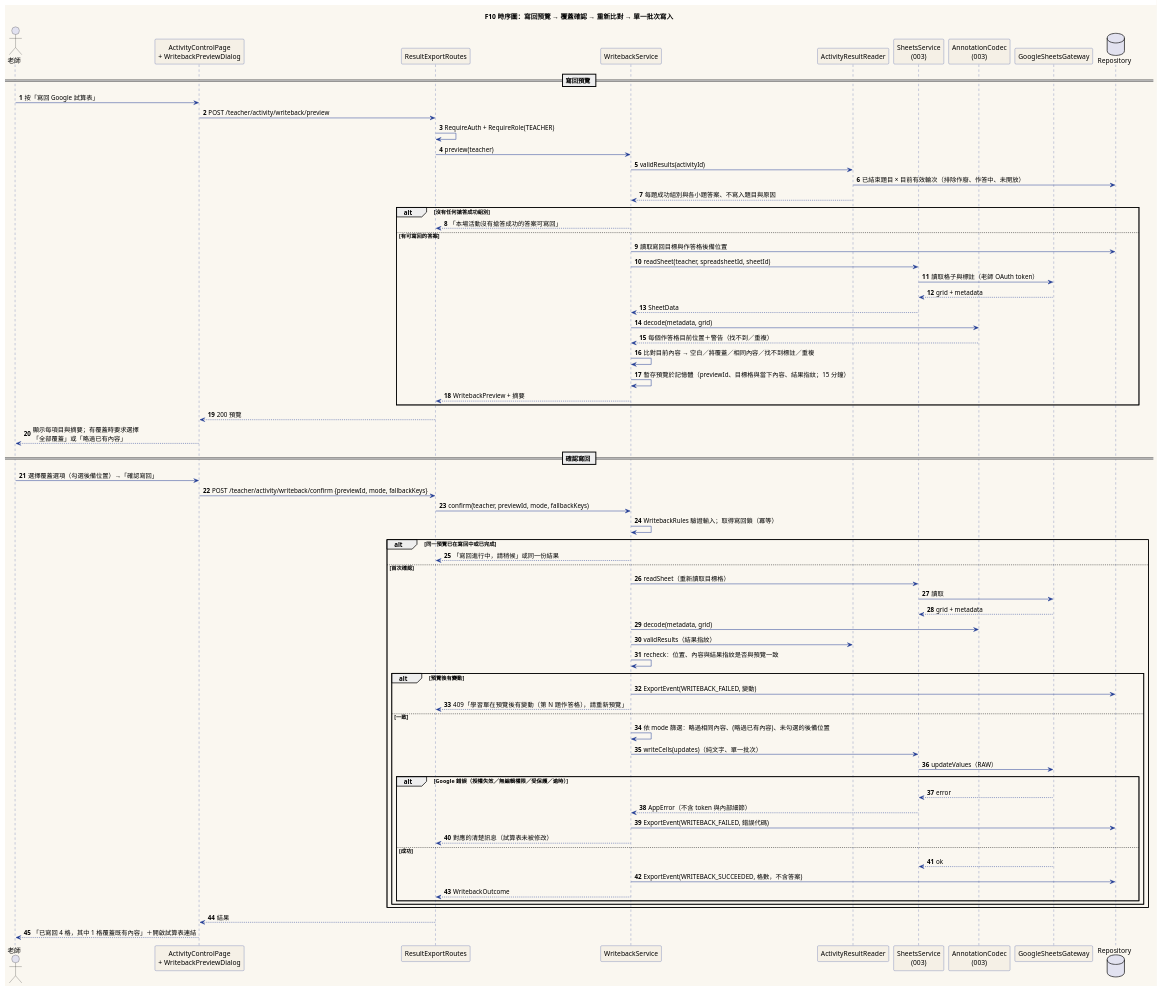
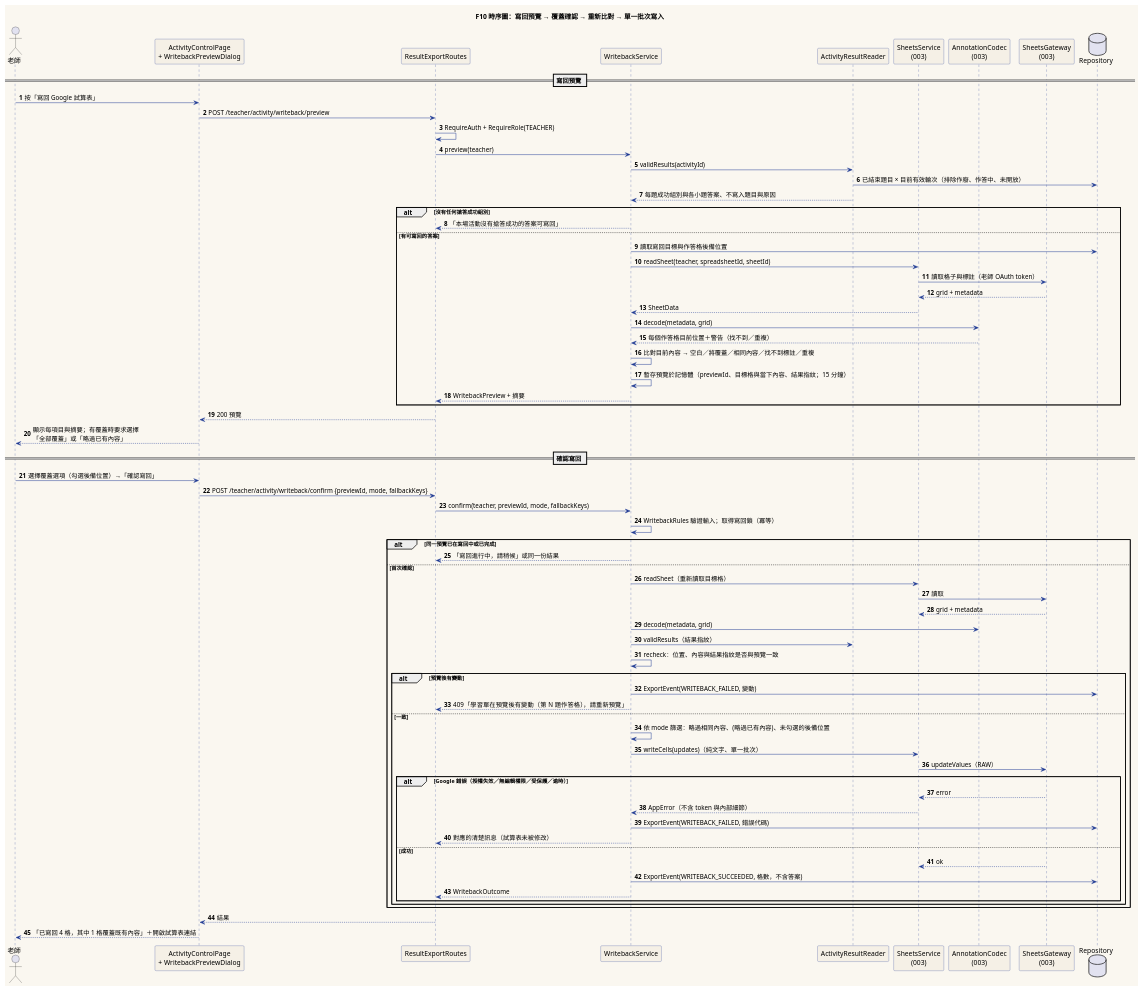
One commit to Ennn-1023/SE_project changed the diagram in diagrams/005-sequence-writeback.puml. Above: the diagram before and after it, drawn with PlantUML. The commit also changed 50 other files, not shown here.

```diff
--- a/diagrams/005-sequence-writeback.puml
+++ b/diagrams/005-sequence-writeback.puml
@@ -1,82 +1,82 @@
 @startuml 005-sequence-writeback
 title F10 時序圖：寫回預覽 → 覆蓋確認 → 重新比對 → 單一批次寫入
 skinparam backgroundColor #FAF7F0
 skinparam sequence {
   ParticipantBackgroundColor #F5F0E6
   ParticipantBorderColor #1F3A93
   ArrowColor #1F3A93
   LifeLineBorderColor #1F3A93
 }
 autonumber
 
 actor "老師" as T
 participant "ActivityControlPage\n+ WritebackPreviewDialog" as UI
 participant "ResultExportRoutes" as R
 participant "WritebackService" as WS
 participant "ActivityResultReader" as RD
 participant "SheetsService\n(003)" as SS
 participant "AnnotationCodec\n(003)" as AC
-participant "GoogleSheetsGateway" as GW
+participant "SheetsGateway\n(003)" as GW
 database "Repository" as DB
 
 == 寫回預覽 ==
 T -> UI : 按「寫回 Google 試算表」
 UI -> R : POST /teacher/activity/writeback/preview
 R -> R : RequireAuth + RequireRole(TEACHER)
 R -> WS : preview(teacher)
 WS -> RD : validResults(activityId)
 RD -> DB : 已結束題目 × 目前有效輪次（排除作廢、作答中、未開放）
 RD --> WS : 每題成功組別與各小題答案、不寫入題目與原因
 alt 沒有任何搶答成功組別
   WS --> R : 「本場活動沒有搶答成功的答案可寫回」
 else 有可寫回的答案
   WS -> DB : 讀取寫回目標與作答格後備位置
   WS -> SS : readSheet(teacher, spreadsheetId, sheetId)
   SS -> GW : 讀取格子與標註（老師 OAuth token）
   GW --> SS : grid + metadata
   SS --> WS : SheetData
   WS -> AC : decode(metadata, grid)
   AC --> WS : 每個作答格目前位置＋警告（找不到／重複）
   WS -> WS : 比對目前內容 → 空白／將覆蓋／相同內容／找不到標註／重複
   WS -> WS : 暫存預覽於記憶體（previewId、目標格與當下內容、結果指紋；15 分鐘）
   WS --> R : WritebackPreview + 摘要
 end
 R --> UI : 200 預覽
 UI --> T : 顯示每項目與摘要；有覆蓋時要求選擇\n「全部覆蓋」或「略過已有內容」
 
 == 確認寫回 ==
 T -> UI : 選擇覆蓋選項（勾選後備位置）→「確認寫回」
 UI -> R : POST /teacher/activity/writeback/confirm {previewId, mode, fallbackKeys}
 R -> WS : confirm(teacher, previewId, mode, fallbackKeys)
 WS -> WS : WritebackRules 驗證輸入；取得寫回鎖（冪等）
 alt 同一預覽已在寫回中或已完成
   WS --> R : 「寫回進行中，請稍候」或同一份結果
 else 首次確認
   WS -> SS : readSheet（重新讀取目標格）
   SS -> GW : 讀取
   GW --> SS : grid + metadata
   WS -> AC : decode(metadata, grid)
   WS -> RD : validResults（結果指紋）
   WS -> WS : recheck：位置、內容與結果指紋是否與預覽一致
   alt 預覽後有變動
     WS -> DB : ExportEvent(WRITEBACK_FAILED, 變動)
     WS --> R : 409「學習單在預覽後有變動（第 N 題作答格），請重新預覽」
   else 一致
     WS -> WS : 依 mode 篩選：略過相同內容、(略過已有內容)、未勾選的後備位置
     WS -> SS : writeCells(updates)（純文字、單一批次）
     SS -> GW : updateValues（RAW）
     alt Google 錯誤（授權失效／無編輯權限／受保護／逾時）
       GW --> SS : error
       SS --> WS : AppError（不含 token 與內部細節）
       WS -> DB : ExportEvent(WRITEBACK_FAILED, 錯誤代碼)
       WS --> R : 對應的清楚訊息（試算表未被修改）
     else 成功
       GW --> SS : ok
       WS -> DB : ExportEvent(WRITEBACK_SUCCEEDED, 格數，不含答案)
       WS --> R : WritebackOutcome
     end
   end
 end
 R --> UI : 結果
 UI --> T : 「已寫回 4 格，其中 1 格覆蓋既有內容」＋開啟試算表連結
 @enduml
```
